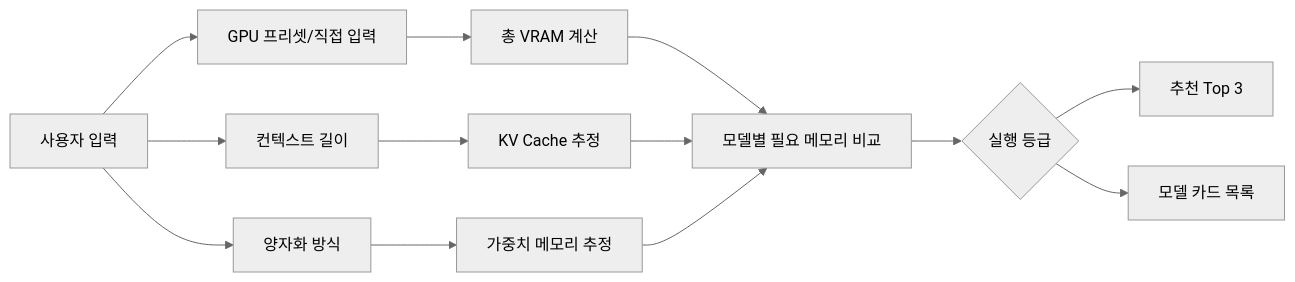
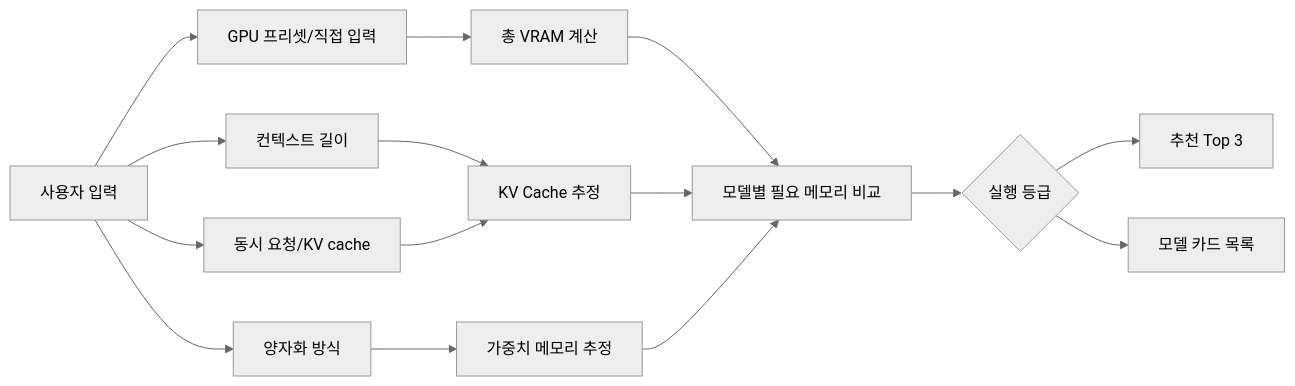
One commit to jaeseok614/llm-gpu-checker-ko changed the first of 2 diagrams in README.md. Above: the diagram before and after it, drawn with Mermaid (neutral theme). The commit also changed other lines of this file and 4 other files, not shown here.

````diff
--- a/README.md
+++ b/README.md
@@ -59,15 +60,17 @@
 ```mermaid
 flowchart LR
   A[사용자 입력] --> B[GPU 프리셋/직접 입력]
   A --> C[컨텍스트 길이]
   A --> D[양자화 방식]
+  A --> L[동시 요청/KV cache]
   B --> E[총 VRAM 계산]
   C --> F[KV Cache 추정]
   D --> G[가중치 메모리 추정]
+  L --> F
   E --> H[모델별 필요 메모리 비교]
   F --> H
   G --> H
   H --> I{실행 등급}
   I --> J[추천 Top 3]
   I --> K[모델 카드 목록]
 ```
````
